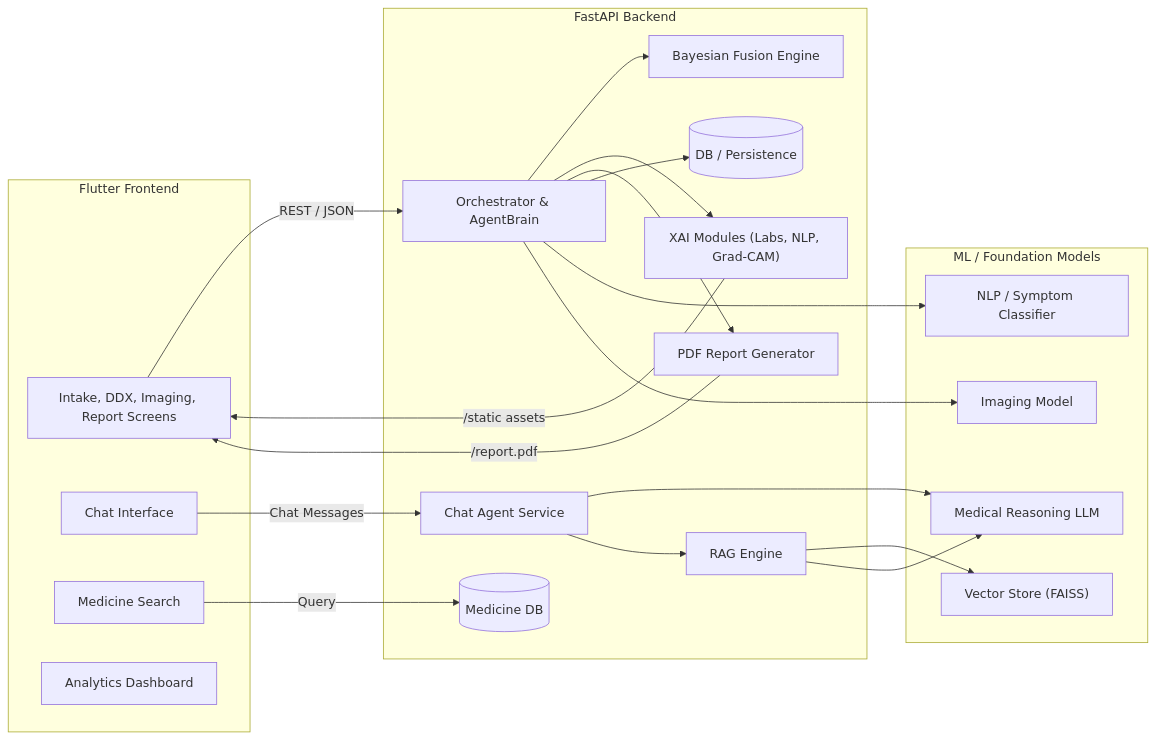
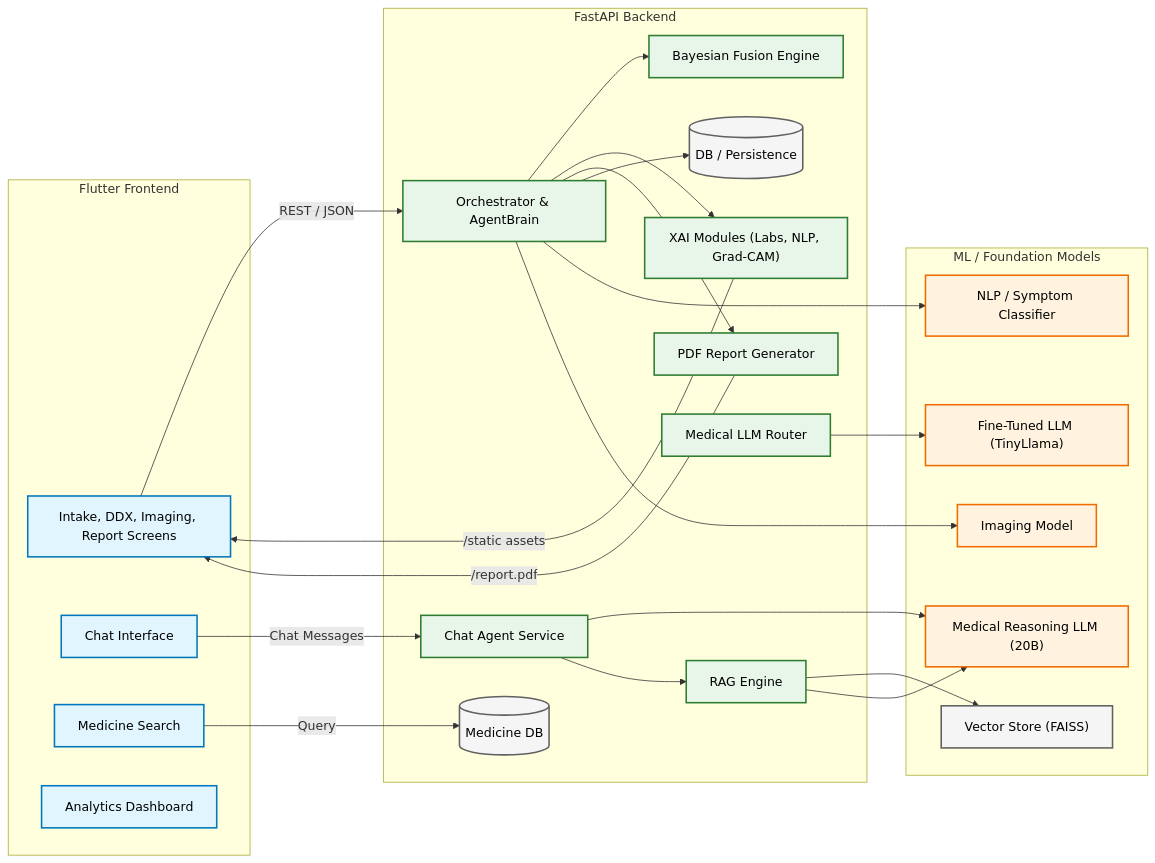
One commit to anaslari23/Multi-Modal-Health-AI-Agent-Guide changed the first of 4 diagrams in README.md. Above: the diagram before and after it, drawn with Mermaid. The commit also changed other lines of this file and 4 other files, not shown here.

Commit message:
feat: Introduce fine-tuned medical LLM, update architecture diagrams, and add new reports.

````diff
--- a/README.md
+++ b/README.md
@@ -16,43 +16,52 @@
 ```mermaid
 flowchart LR
+    %% Define Styles
+    classDef frontend fill:#E1F5FE,stroke:#0277BD,stroke-width:2px,color:#000;
+    classDef backend fill:#E8F5E9,stroke:#2E7D32,stroke-width:2px,color:#000;
+    classDef ai fill:#FFF3E0,stroke:#EF6C00,stroke-width:2px,color:#000;
+    classDef db fill:#F5F5F5,stroke:#616161,stroke-width:2px,color:#000;
+
     subgraph Client [Flutter Frontend]
-        UI["Intake, DDX, Imaging, Report Screens"]
-        CHAT["Chat Interface"]
-        SEARCH["Medicine Search"]
-        ANALYTICS["Analytics Dashboard"]
+        UI["Intake, DDX, Imaging, Report Screens"]:::frontend
+        CHAT["Chat Interface"]:::frontend
+        SEARCH["Medicine Search"]:::frontend
+        ANALYTICS["Analytics Dashboard"]:::frontend
     end
 
     subgraph API [FastAPI Backend]
-        ORCH["Orchestrator & AgentBrain"]
-        AGENT["Chat Agent Service"]
-        RAG["RAG Engine"]
-        FUSION["Bayesian Fusion Engine"]
-        XAI["XAI Modules (Labs, NLP, Grad-CAM)"]
-        PDF["PDF Report Generator"]
-        DB[("DB / Persistence")]
-        MED_DB[("Medicine DB")]
+        ORCH["Orchestrator & AgentBrain"]:::backend
+        AGENT["Chat Agent Service"]:::backend
+        RAG["RAG Engine"]:::backend
+        FUSION["Bayesian Fusion Engine"]:::backend
+        XAI["XAI Modules (Labs, NLP, Grad-CAM)"]:::backend
+        PDF["PDF Report Generator"]:::backend
+        DB[("DB / Persistence")]:::db
+        MED_DB[("Medicine DB")]:::db
+        MED_ROUTER["Medical LLM Router"]:::backend
     end
 
     subgraph Models [ML / Foundation Models]
-        LLM["Medical Reasoning LLM"]
-        NLPModel["NLP / Symptom Classifier"]
-        ImgModel["Imaging Model"]
-        VectorStore["Vector Store (FAISS)"]
+        LLM["Medical Reasoning LLM (20B)"]:::ai
+        FINE_TUNED["Fine-Tuned LLM (TinyLlama)"]:::ai
+        NLPModel["NLP / Symptom Classifier"]:::ai
+        ImgModel["Imaging Model"]:::ai
+        VectorStore["Vector Store (FAISS)"]:::db
     end
 
     UI -->|REST / JSON| ORCH
     CHAT -->|Chat Messages| AGENT
     SEARCH -->|Query| MED_DB
     ORCH --> FUSION
     ORCH --> XAI
     ORCH --> PDF
     ORCH --> DB
     ORCH --> NLPModel
     ORCH --> ImgModel
     AGENT --> LLM
     AGENT --> RAG
     RAG --> VectorStore
     RAG --> LLM
+    MED_ROUTER --> FINE_TUNED
     PDF -->|/report.pdf| UI
     XAI -->|/static assets| UI
 ```
````
